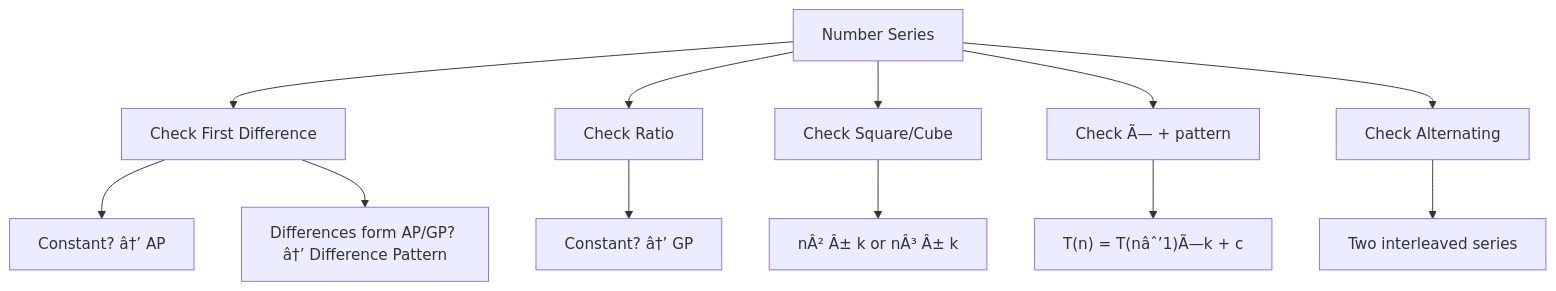
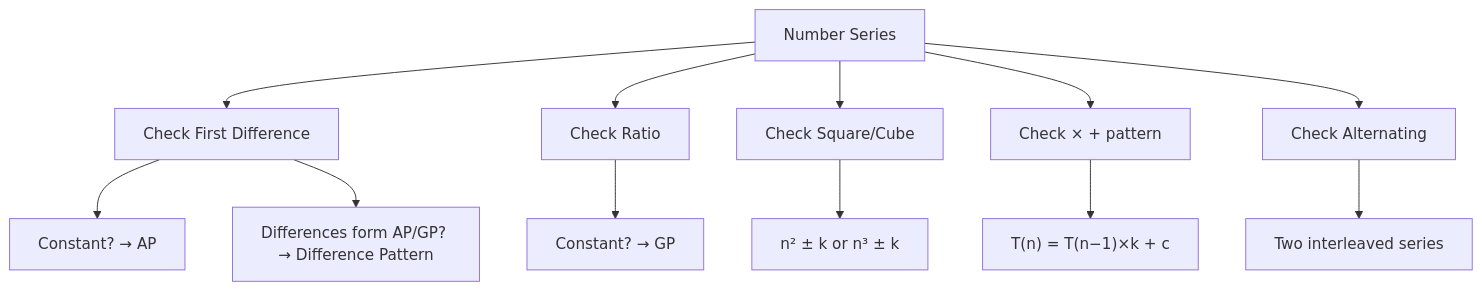
One commit to Raushan666java/ai-engineering-journey changed the fifth of 6 diagrams in docs/courses/quantitative-aptitude/04-number-series.md. Above: the diagram before and after it, drawn with Mermaid. The commit also changed other lines of this file and 965 other files, not shown here.

````diff
--- a/docs/courses/quantitative-aptitude/04-number-series.md
+++ b/docs/courses/quantitative-aptitude/04-number-series.md
@@ -1080,14 +1080,14 @@
 ```mermaid
 flowchart TD
     A["Number Series"] --> B["Check First Difference"]
     A --> C["Check Ratio"]
     A --> D["Check Square/Cube"]
-    A --> E["Check Ã— + pattern"]
+    A --> E["Check × + pattern"]
     A --> F["Check Alternating"]
-    B --> G["Constant? â†’ AP"]
-    B --> H["Differences form AP/GP? â†’ Difference Pattern"]
-    C --> I["Constant? â†’ GP"]
-    D --> J["nÂ² Â± k or nÂ³ Â± k"]
-    E --> K["T(n) = T(nâˆ’1)Ã—k + c"]
+    B --> G["Constant? → AP"]
+    B --> H["Differences form AP/GP? → Difference Pattern"]
+    C --> I["Constant? → GP"]
+    D --> J["n² ± k or n³ ± k"]
+    E --> K["T(n) = T(n−1)×k + c"]
     F --> L["Two interleaved series"]
 ```
````
